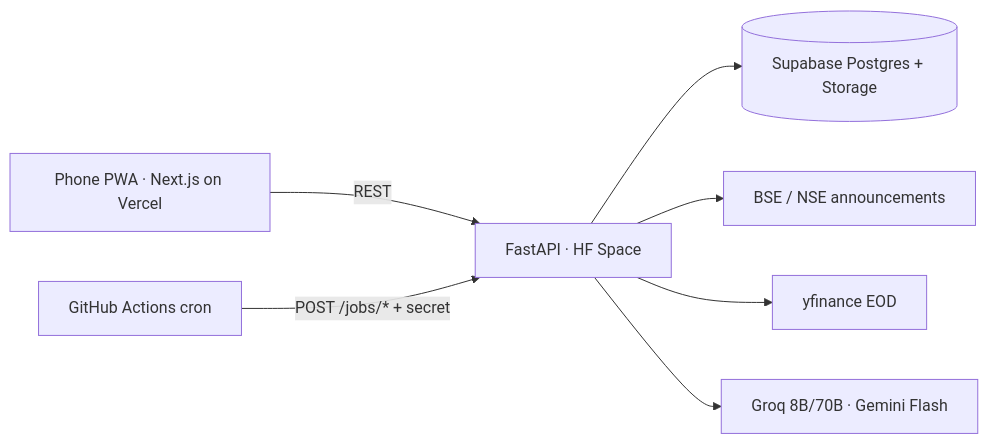
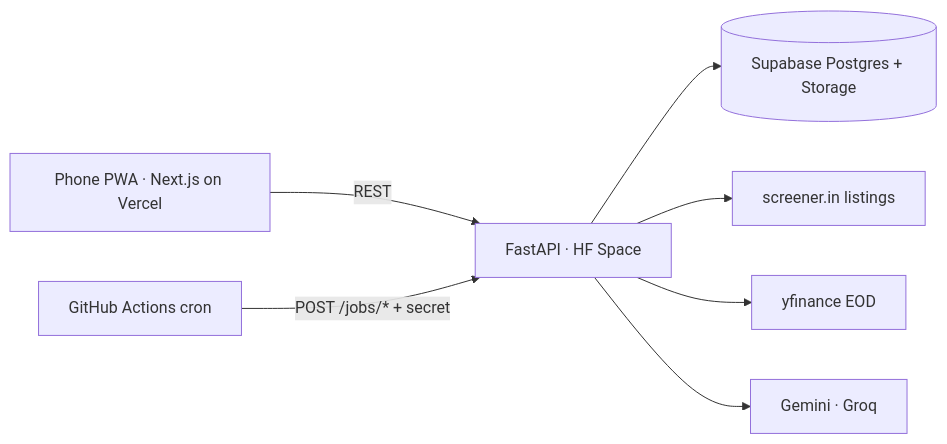
The diagram in docs/architecture.md (sahityaiitd-ml/finn), drawn with Mermaid before and after one commit. The commit also changed other lines of this file and 33 other files, not shown here.

````diff
--- a/docs/architecture.md
+++ b/docs/architecture.md
@@ -3,9 +3,9 @@
 ```mermaid
 flowchart LR
   U[Phone PWA · Next.js on Vercel] -->|REST| API[FastAPI · HF Space]
   GH[GitHub Actions cron] -->|POST /jobs/* + secret| API
   API --> DB[(Supabase Postgres + Storage)]
-  API --> BSE[BSE / NSE announcements]
+  API --> SC[screener.in listings]
   API --> YF[yfinance EOD]
-  API --> LLM[Groq 8B/70B · Gemini Flash]
+  API --> LLM[Gemini · Groq]
 ```
````
